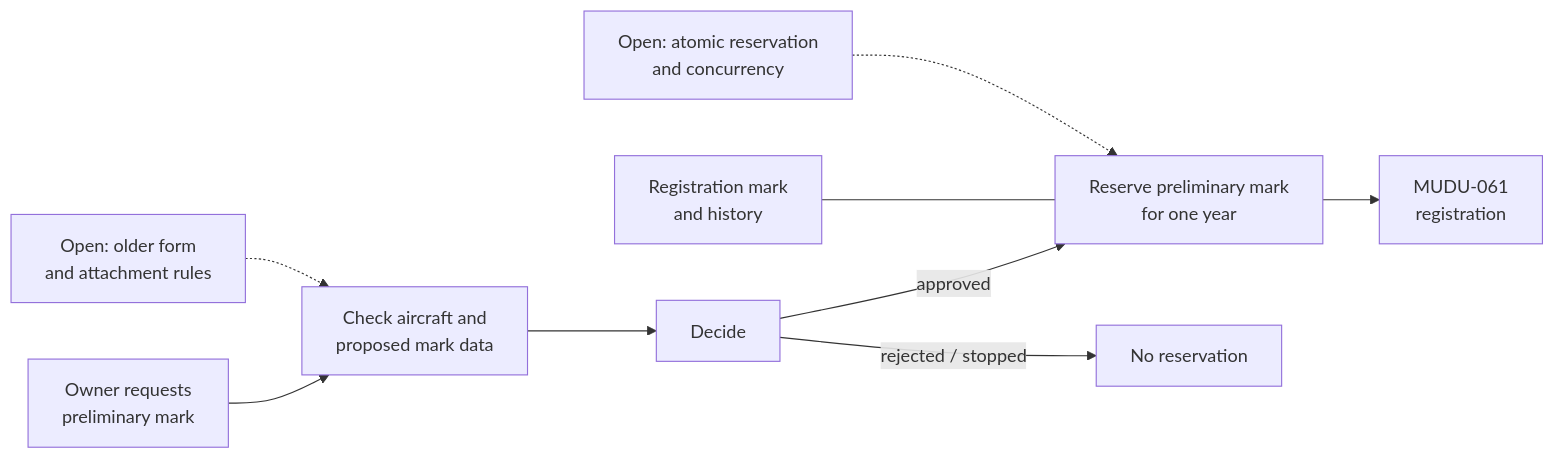
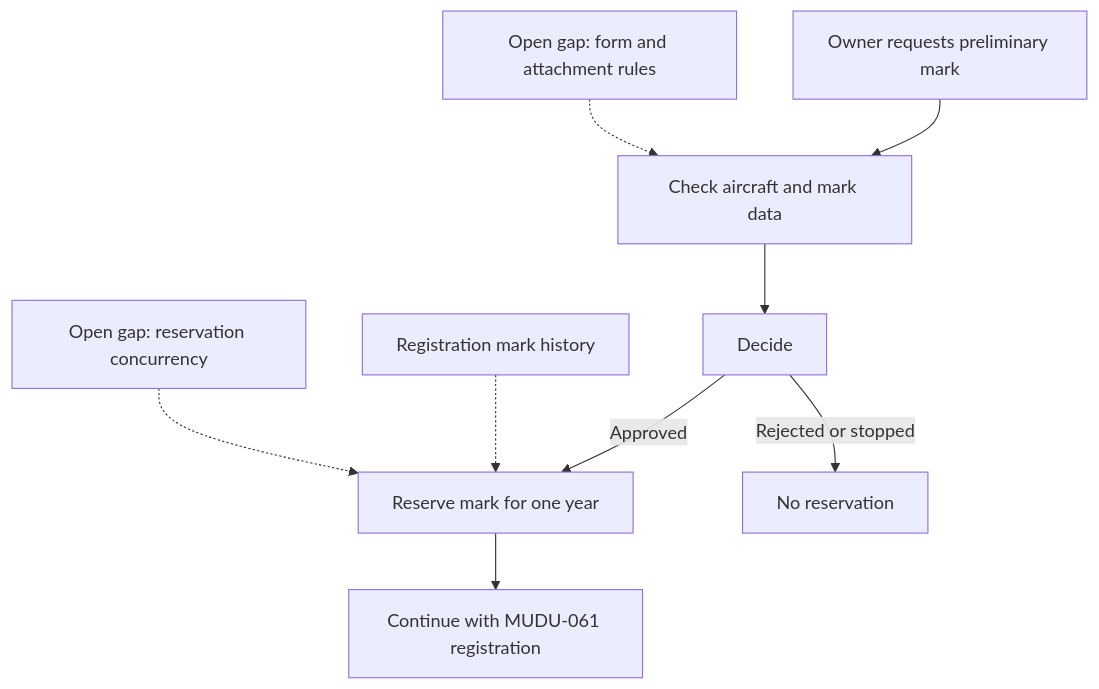
Before and after one commit to fixerivan/mudu-process-definition-standard: the diagram in examples/MUDU-060/graph.md, drawn with Mermaid. The commit also changed 8 other files, not shown here.

Commit message:
fix visual graphs and generalize LLM skill

````diff
--- a/examples/MUDU-060/graph.md
+++ b/examples/MUDU-060/graph.md
@@ -5,12 +5,11 @@
 ```mermaid
-flowchart LR
-    A[Owner requests<br/>preliminary mark] --> B[Check aircraft and<br/>proposed mark data]
-    B --> C[Decide]
-    C -->|approved| D[Reserve preliminary mark<br/>for one year]
-    D --> E[MUDU-061<br/>registration]
-    C -->|rejected / stopped| X[No reservation]
-
-    M[Registration mark<br/>and history] --- D
-    G1[Open: atomic reservation<br/>and concurrency] -.-> D
-    G2[Open: older form<br/>and attachment rules] -.-> B
+graph TD
+    A["Owner requests preliminary mark"] --> B["Check aircraft and mark data"]
+    B --> C["Decide"]
+    C -->|Approved| D["Reserve mark for one year"]
+    D --> E["Continue with MUDU-061 registration"]
+    C -->|Rejected or stopped| X["No reservation"]
+    M["Registration mark history"] -.-> D
+    G1["Open gap: reservation concurrency"] -.-> D
+    G2["Open gap: form and attachment rules"] -.-> B
 ```
````
